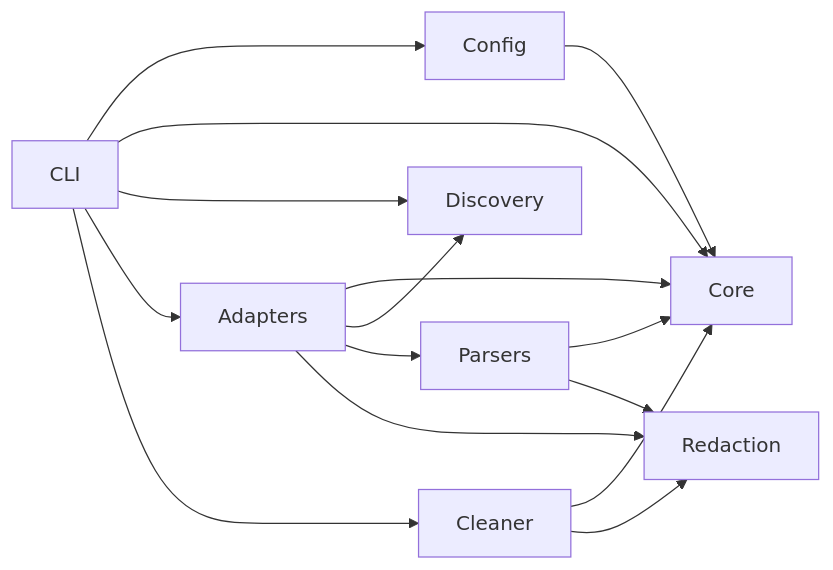
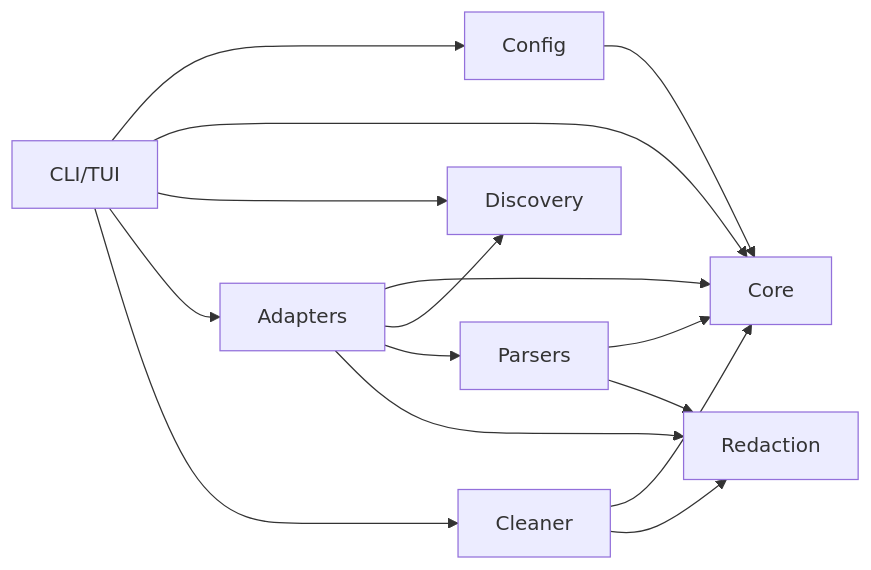
One commit to zerob13/VibeHauler changed the diagram in docs/modules/README.md. Above: the diagram before and after it, drawn with Mermaid. The commit also changed other lines of this file and 35 other files, not shown here.

````diff
--- a/docs/modules/README.md
+++ b/docs/modules/README.md
@@ -7,17 +7,17 @@
 ```mermaid
 flowchart LR
-  CLI["CLI"] --> Config["Config"]
+  CLI["CLI/TUI"] --> Config["Config"]
   CLI --> Core["Core"]
   CLI --> Discovery["Discovery"]
   CLI --> Adapters["Adapters"]
   CLI --> Cleaner["Cleaner"]
   Adapters --> Core
   Adapters --> Discovery
   Adapters --> Parsers["Parsers"]
   Adapters --> Redaction["Redaction"]
   Parsers --> Core
   Parsers --> Redaction
   Cleaner --> Core
   Cleaner --> Redaction
   Config --> Core
 ```
````
